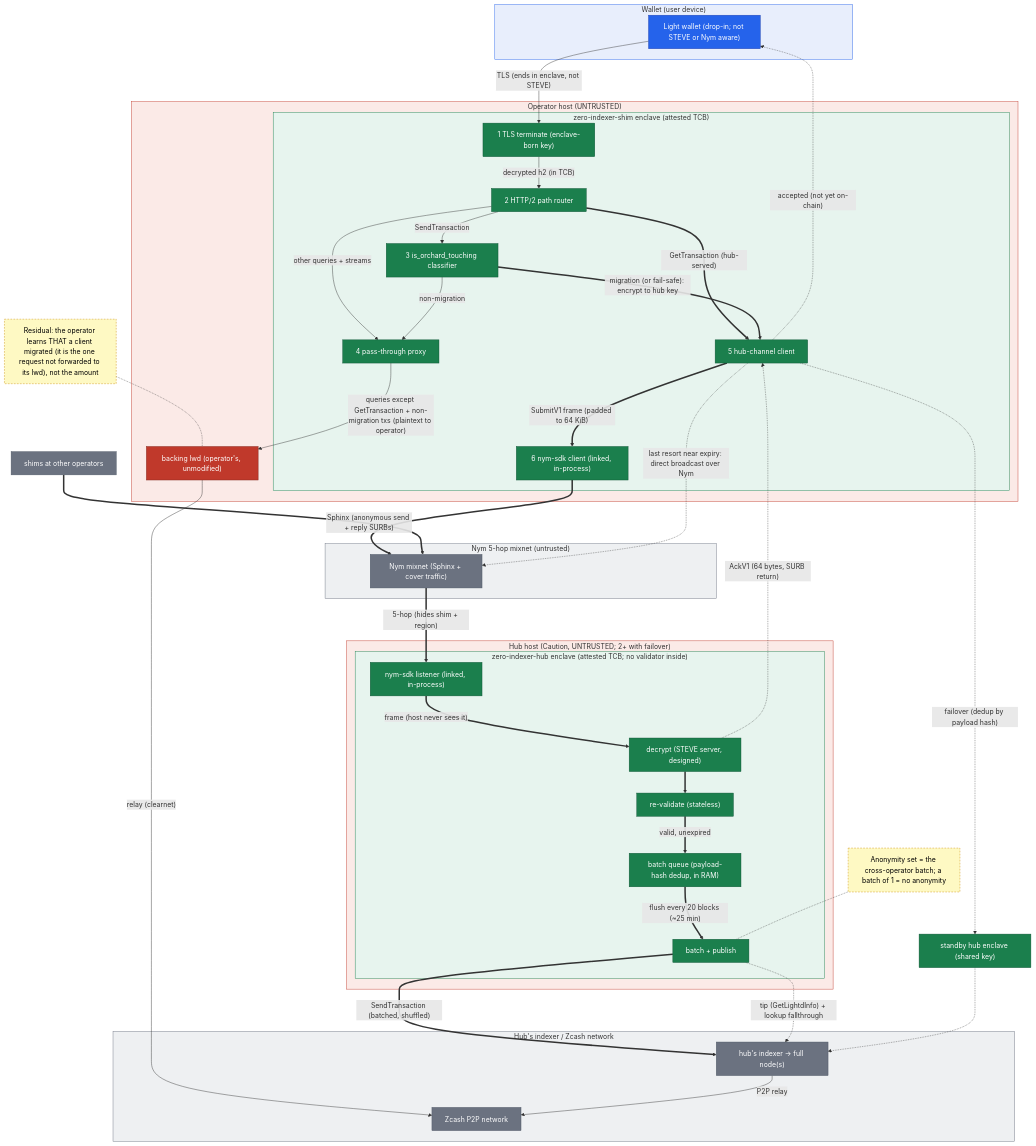
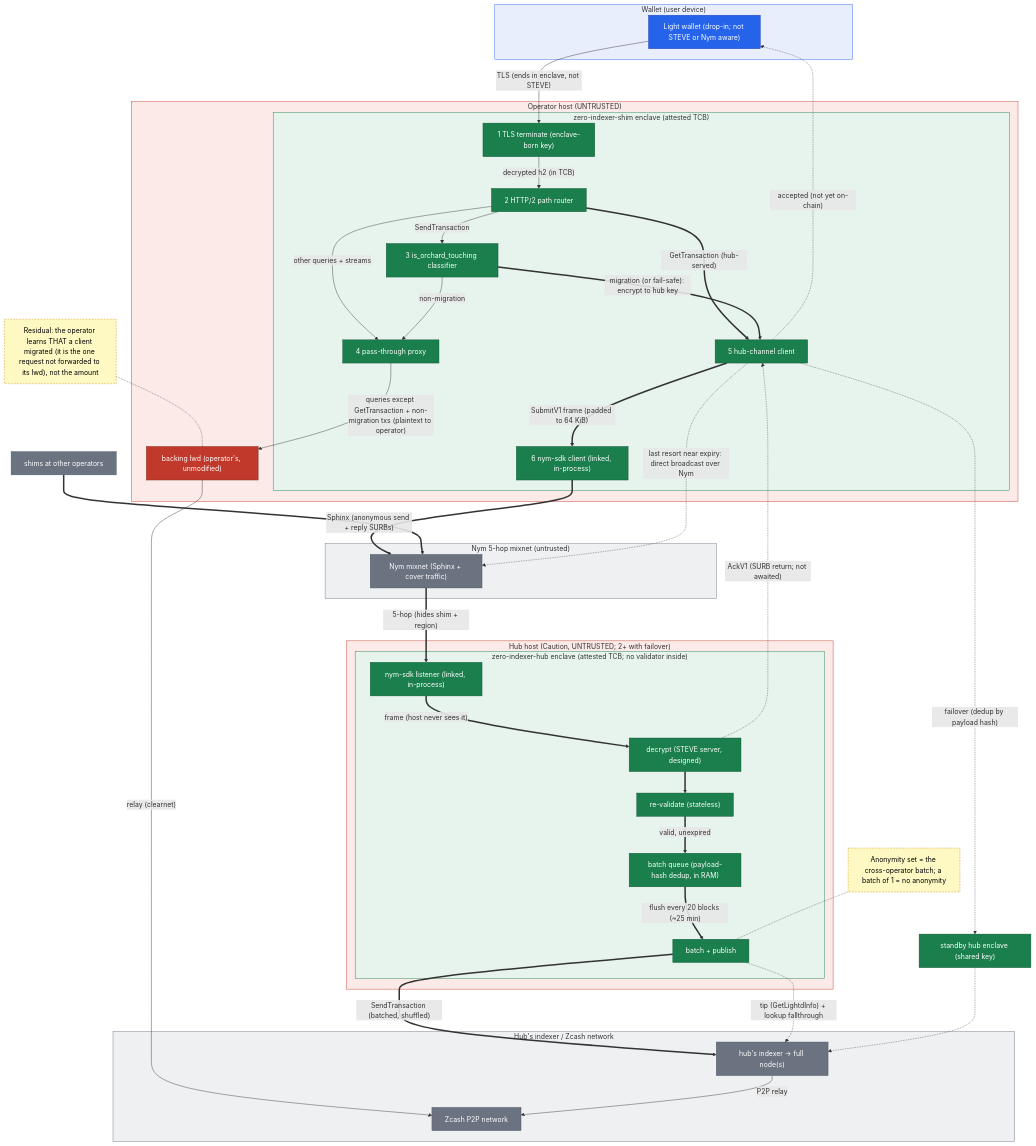
One commit to ShieldedLabs/zero changed the first of 2 diagrams in zeronym/book/src/architecture.md. Above: the diagram before and after it, drawn with Mermaid. The commit also changed other lines of this file and 7 other files, not shown here.

```diff
--- a/zeronym/book/src/architecture.md
+++ b/zeronym/book/src/architecture.md
@@ -94,7 +94,7 @@
   HFLUSH ==>|"SendTransaction (batched, shuffled)"| FN
   FN -->|"P2P relay"| ZNET
   HFLUSH -.->|"tip (GetLightdInfo) + lookup fallthrough"| FN
-  HDEC -.->|"AckV1 (64 bytes, SURB return)"| SHUB
+  HDEC -.->|"AckV1 (SURB return; not awaited)"| SHUB
   SHUB -.->|"failover (dedup by payload hash)"| HUB2
   SHUB -.->|"last resort near expiry: direct broadcast over Nym"| NYM
   HUB2 -.-> FN
```
